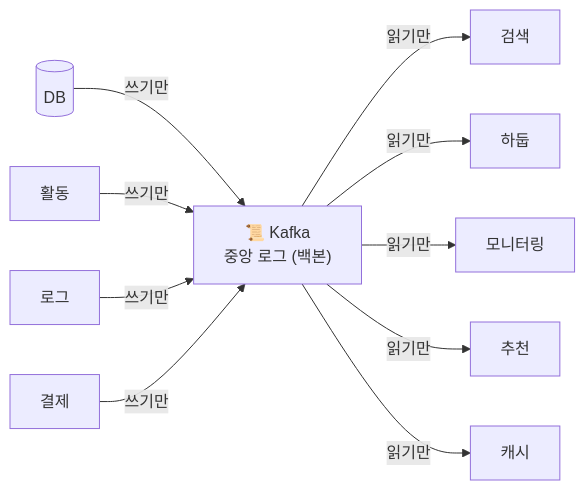
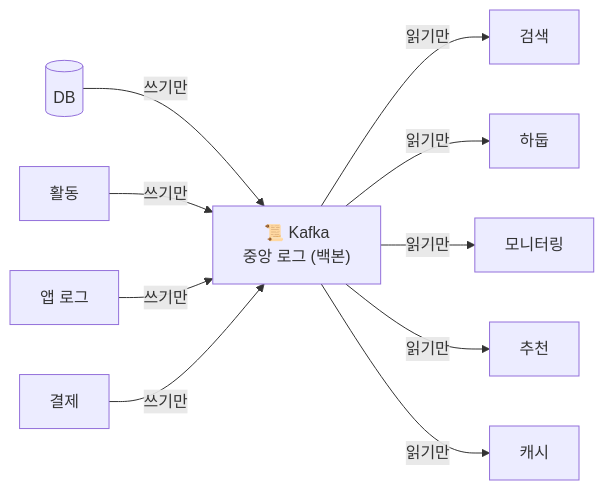
The second of 2 diagrams in docs/book/1-internals/00-prologue.md (ghtjr410/kafka-lab), drawn with Mermaid before and after one commit. The commit also changed other lines of this file and 21 other files, not shown here.

````diff
--- a/docs/book/1-internals/00-prologue.md
+++ b/docs/book/1-internals/00-prologue.md
@@ -58,5 +58,5 @@
 ```mermaid
 graph LR
-    DB[(DB)] & 활동[활동] & 로그[로그] & 결제[결제] -->|쓰기만| K["📜 Kafka<br/>중앙 로그 (백본)"]
+    DB[(DB)] & 활동[활동] & 로그[앱 로그] & 결제[결제] -->|쓰기만| K["📜 Kafka<br/>중앙 로그 (백본)"]
     K -->|읽기만| 검색 & 하둡 & 모니터링 & 추천 & 캐시
 ```
````
